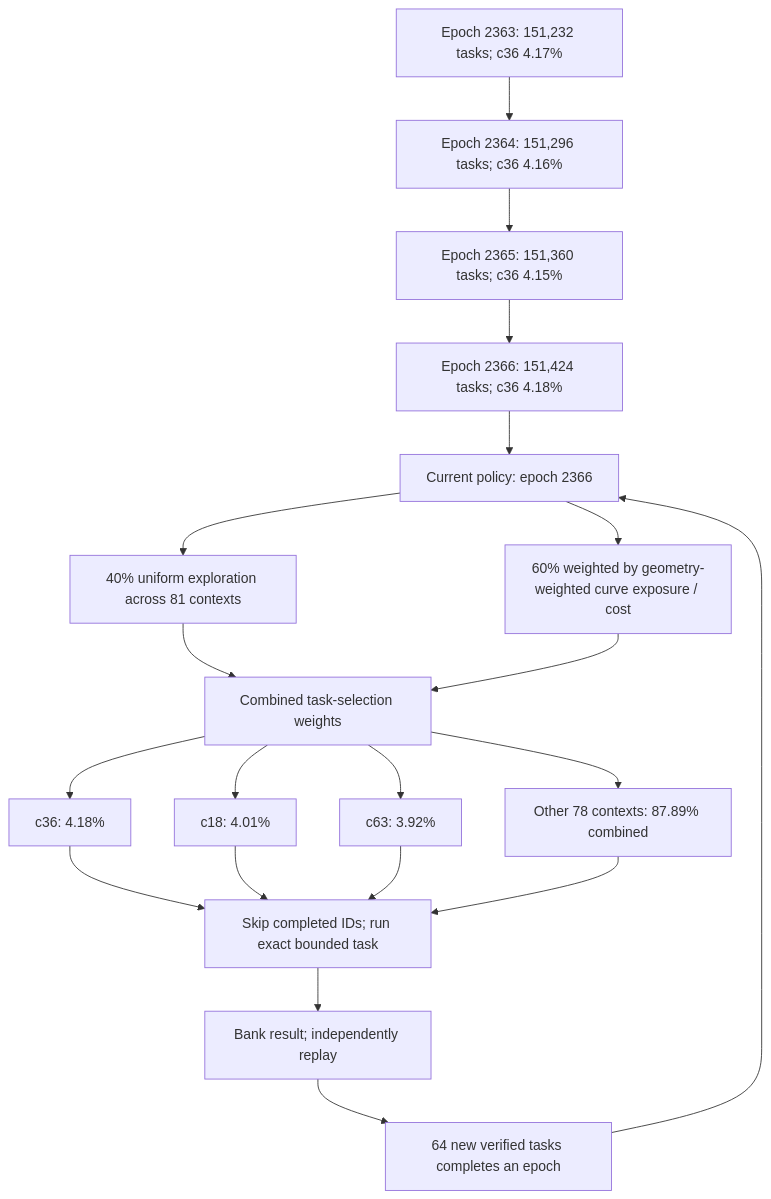
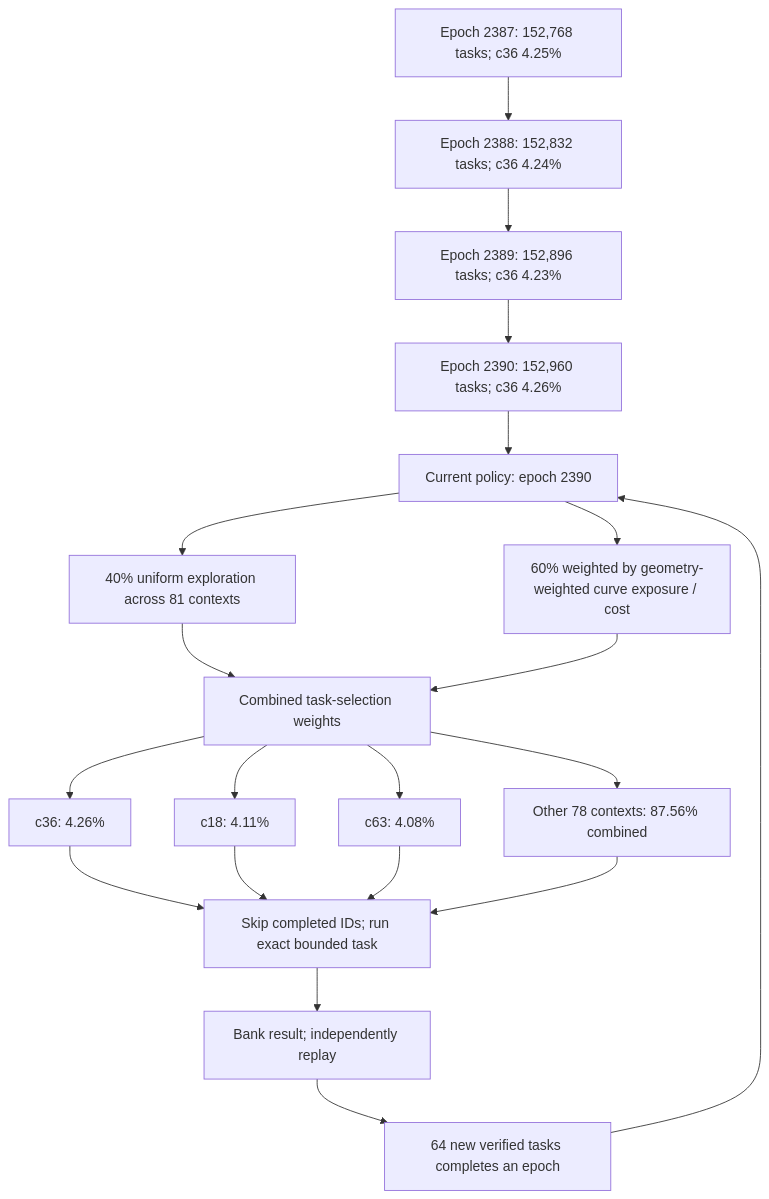
One commit to Kuberwastaken/math-gambling changed the first of 3 diagrams in README.md. Above: the diagram before and after it, drawn with Mermaid. The commit also changed other lines of this file and 3131 other files, not shown here.

````diff
--- a/README.md
+++ b/README.md
@@ -56,27 +56,27 @@
 ```mermaid
 flowchart TD
-    H0["Epoch 2363: 151,232 tasks; c36 4.17%"]
-    H1["Epoch 2364: 151,296 tasks; c36 4.16%"]
+    H0["Epoch 2387: 152,768 tasks; c36 4.25%"]
+    H1["Epoch 2388: 152,832 tasks; c36 4.24%"]
     H0 --> H1
-    H2["Epoch 2365: 151,360 tasks; c36 4.15%"]
+    H2["Epoch 2389: 152,896 tasks; c36 4.23%"]
     H1 --> H2
-    H3["Epoch 2366: 151,424 tasks; c36 4.18%"]
+    H3["Epoch 2390: 152,960 tasks; c36 4.26%"]
     H2 --> H3
-    Policy["Current policy: epoch 2366"]
+    Policy["Current policy: epoch 2390"]
     H3 --> Policy
     Policy --> Explore["40% uniform exploration across 81 contexts"]
     Policy --> Cost["60% weighted by geometry-weighted curve exposure / cost"]
     Explore --> Mix["Combined task-selection weights"]
     Cost --> Mix
-    Mix --> C0["c36: 4.18%"]
-    Mix --> C1["c18: 4.01%"]
-    Mix --> C2["c63: 3.92%"]
-    Mix --> Rest["Other 78 contexts: 87.89% combined"]
+    Mix --> C0["c36: 4.26%"]
+    Mix --> C1["c18: 4.11%"]
+    Mix --> C2["c63: 4.08%"]
+    Mix --> Rest["Other 78 contexts: 87.56% combined"]
     C0 --> Check["Skip completed IDs; run exact bounded task"]
     C1 --> Check
     C2 --> Check
     Rest --> Check
     Check --> Replay["Bank result; independently replay"]
     Replay --> Gate["64 new verified tasks completes an epoch"]
     Gate --> Policy
 ```
````
